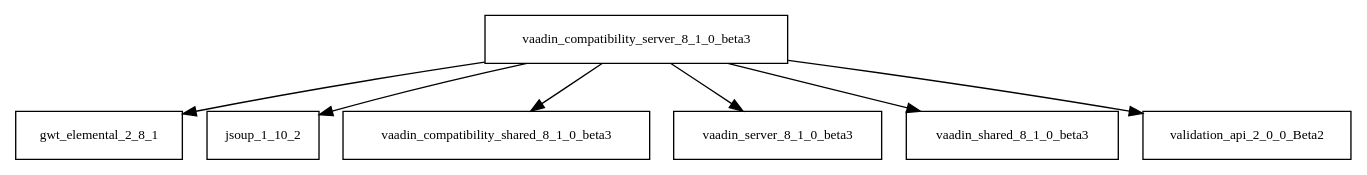
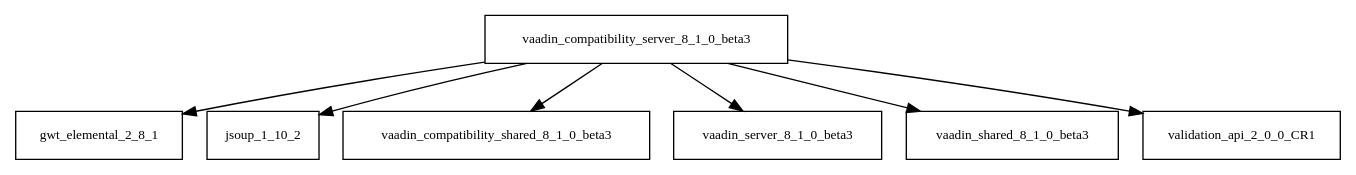
One commit to AglaianWoman/cia changed the diagram in tattleTaleReport/graphviz/vaadin-compatibility-server-8.1.0.beta3.jar/vaadin-compatibility-server-8.1.0.beta3.jar.dot. Above: the diagram before and after it, drawn with Graphviz. The commit also changed 1179 other files, not shown here.

```diff
--- a/tattleTaleReport/graphviz/vaadin-compatibility-server-8.1.0.beta3.jar/vaadin-compatibility-server-8.1.0.beta3.jar.dot
+++ b/tattleTaleReport/graphviz/vaadin-compatibility-server-8.1.0.beta3.jar/vaadin-compatibility-server-8.1.0.beta3.jar.dot
@@ -1,9 +1,9 @@
 digraph vaadin_compatibility_server_8_1_0_beta3_dependencies {
   node [shape = box, fontsize=10.0];
   vaadin_compatibility_server_8_1_0_beta3 -> gwt_elemental_2_8_1;
   vaadin_compatibility_server_8_1_0_beta3 -> jsoup_1_10_2;
   vaadin_compatibility_server_8_1_0_beta3 -> vaadin_compatibility_shared_8_1_0_beta3;
   vaadin_compatibility_server_8_1_0_beta3 -> vaadin_server_8_1_0_beta3;
   vaadin_compatibility_server_8_1_0_beta3 -> vaadin_shared_8_1_0_beta3;
-  vaadin_compatibility_server_8_1_0_beta3 -> validation_api_2_0_0_Beta2;
+  vaadin_compatibility_server_8_1_0_beta3 -> validation_api_2_0_0_CR1;
 }
```
